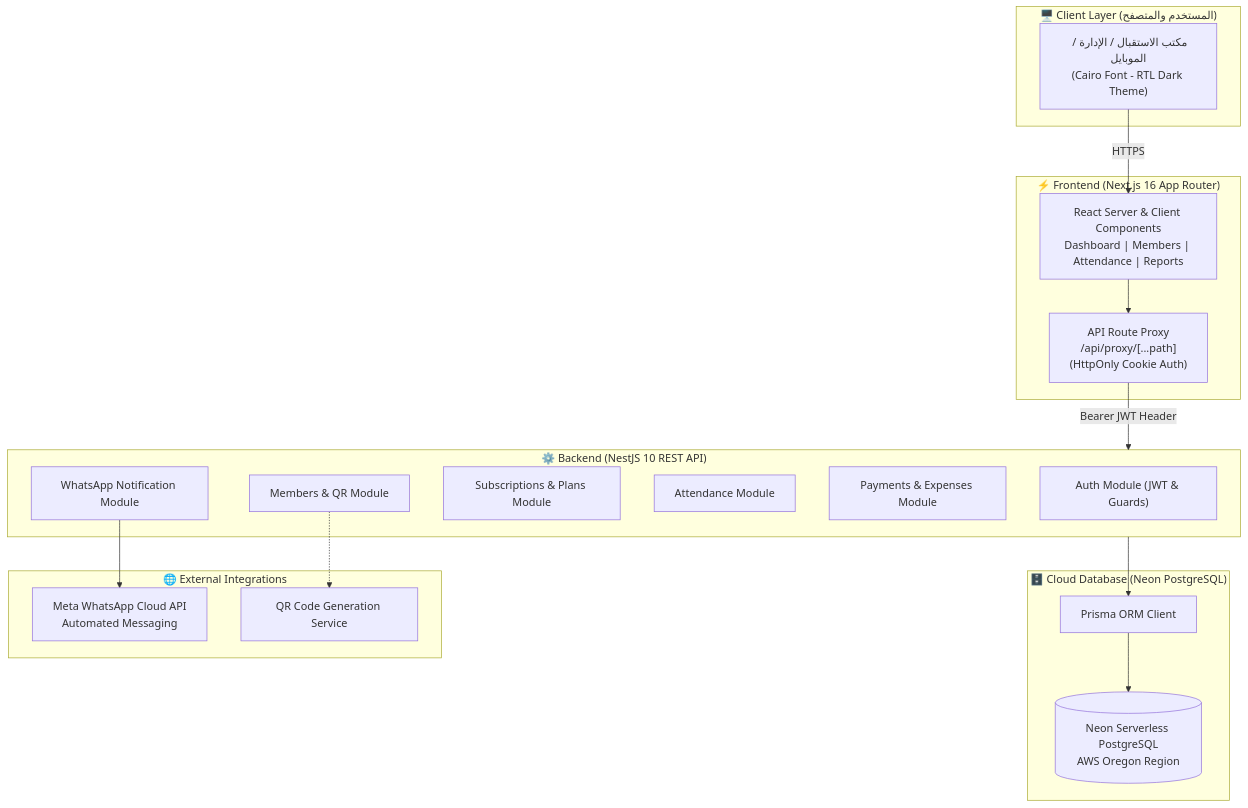
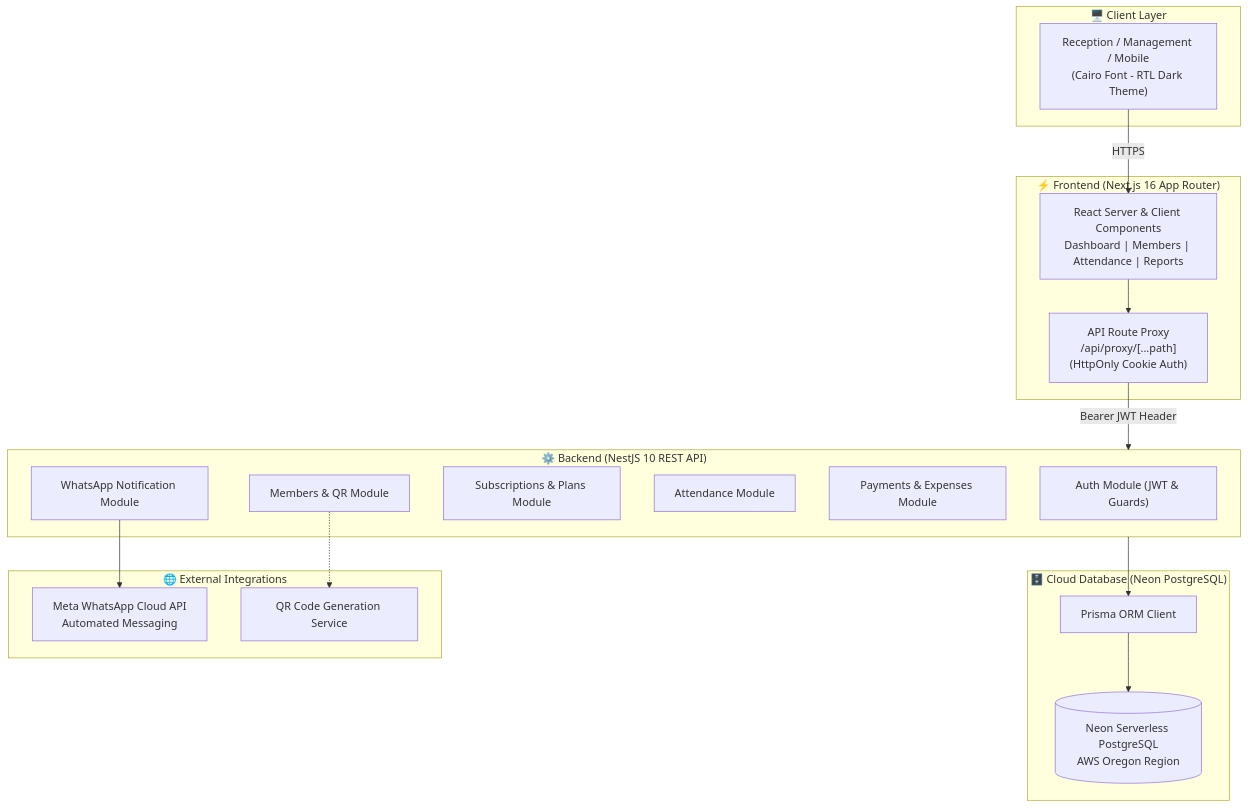
One commit to Khashana22/power-gym changed the first of 2 diagrams in README.md. Above: the diagram before and after it, drawn with Mermaid. The commit also changed other lines of this file and 1 other file, not shown here.

````diff
--- a/README.md
+++ b/README.md
@@ -101,38 +102,38 @@
 ```mermaid
 flowchart TD
-    subgraph Client ["🖥️ Client Layer (المستخدم والمتصفح)"]
-        Browser["مكتب الاستقبال / الإدارة / الموبايل\n(Cairo Font - RTL Dark Theme)"]
+    subgraph Client ["🖥️ Client Layer"]
+        Browser["Reception / Management / Mobile\n(Cairo Font - RTL Dark Theme)"]
     end
 
     subgraph Frontend ["⚡ Frontend (Next.js 16 App Router)"]
         Pages["React Server & Client Components\nDashboard | Members | Attendance | Reports"]
         Proxy["API Route Proxy\n/api/proxy/[...path]\n(HttpOnly Cookie Auth)"]
         Pages --> Proxy
     end
 
     subgraph Backend ["⚙️ Backend (NestJS 10 REST API)"]
         AuthModule["Auth Module (JWT & Guards)"]
         MembersModule["Members & QR Module"]
         SubsModule["Subscriptions & Plans Module"]
         AttModule["Attendance Module"]
         PayModule["Payments & Expenses Module"]
         NotifModule["WhatsApp Notification Module"]
     end
 
     subgraph Database ["🗄️ Cloud Database (Neon PostgreSQL)"]
         Prisma["Prisma ORM Client"]
         Postgres[("Neon Serverless PostgreSQL\nAWS Oregon Region")]
     end
 
     subgraph External ["🌐 External Integrations"]
         WhatsAppAPI["Meta WhatsApp Cloud API\nAutomated Messaging"]
         QRServer["QR Code Generation Service"]
     end
 
     Browser -->|HTTPS| Pages
     Proxy -->|Bearer JWT Header| Backend
     Backend --> Prisma
     Prisma --> Postgres
     NotifModule --> WhatsAppAPI
     MembersModule -.-> QRServer
 ```
````
